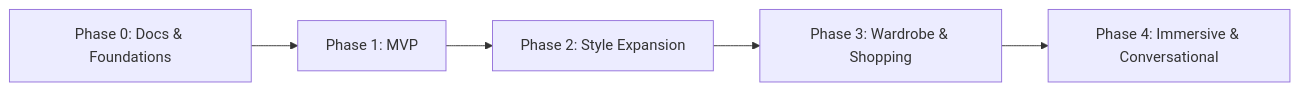
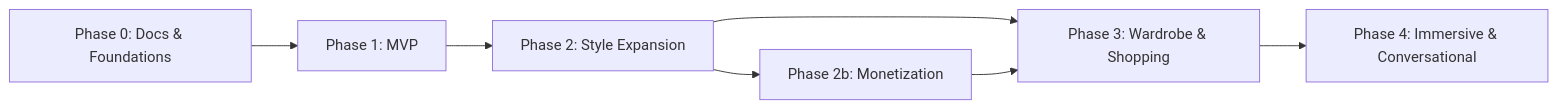
Before and after one commit to SaydahbarovAzamjon-cloud/lumora-backend: the diagram in docs/ROADMAP.md, drawn with Mermaid. The commit also changed other lines of this file and 10 other files, not shown here.

````diff
--- a/docs/ROADMAP.md
+++ b/docs/ROADMAP.md
@@ -26,7 +26,9 @@
 ```mermaid
 flowchart LR
   P0[Phase 0: Docs & Foundations] --> P1[Phase 1: MVP]
   P1 --> P2[Phase 2: Style Expansion]
+  P2 --> P2b[Phase 2b: Monetization]
   P2 --> P3[Phase 3: Wardrobe & Shopping]
+  P2b --> P3
   P3 --> P4[Phase 4: Immersive & Conversational]
 ```
````
